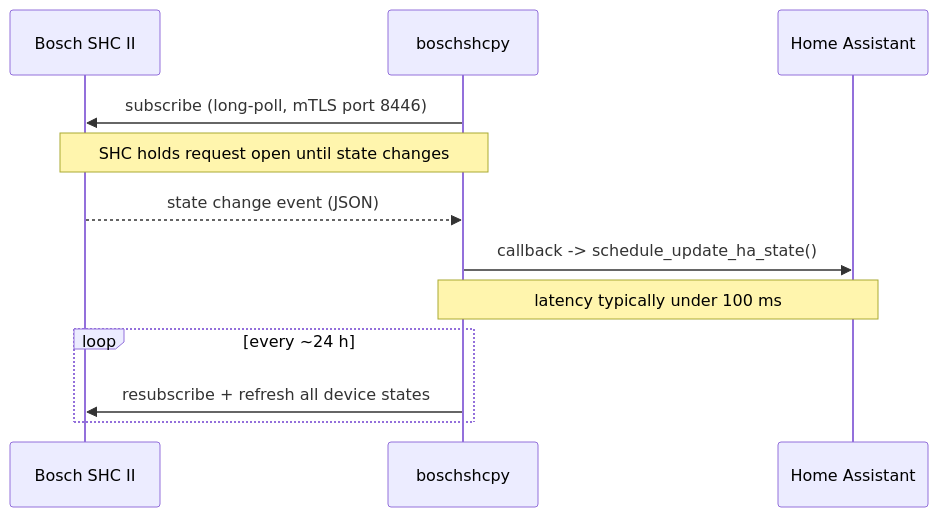
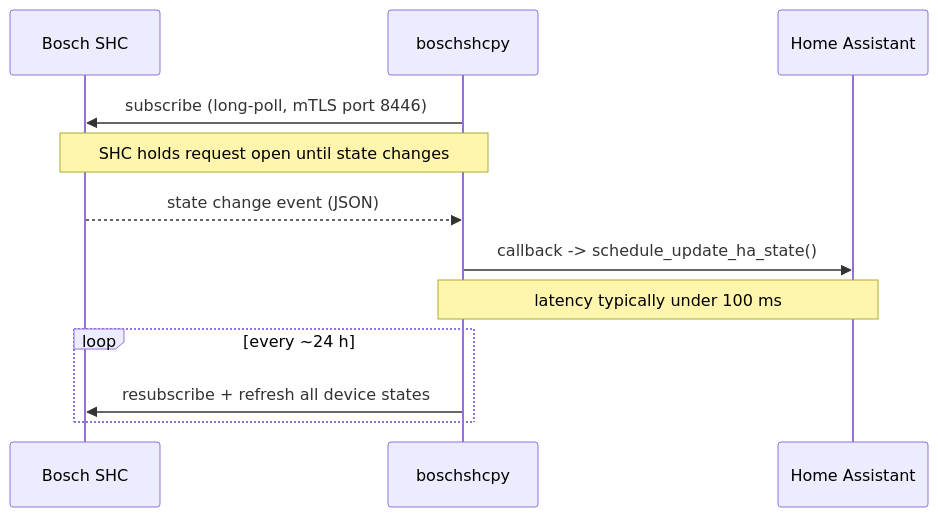
The second of 2 diagrams in README.md (tschamm/boschshc-hass), drawn with Mermaid before and after one commit. The commit also changed other lines of this file and 2 other files, not shown here.

First line of the commit message:
Release 0.7.28 — UserDefinedState crash fix + SHC I/II/Classic all supported

````diff
--- a/README.md
+++ b/README.md
@@ -518,15 +516,15 @@
 ```mermaid
 sequenceDiagram
-    participant SHC as Bosch SHC II
+    participant SHC as Bosch SHC
     participant Lib as boschshcpy
     participant HA as Home Assistant
 
     Lib->>SHC: subscribe (long-poll, mTLS port 8446)
     Note over SHC,Lib: SHC holds request open until state changes
     SHC-->>Lib: state change event (JSON)
     Lib->>HA: callback -> schedule_update_ha_state()
     Note over Lib,HA: latency typically under 100 ms
     loop every ~24 h
         Lib->>SHC: resubscribe + refresh all device states
     end
 ```
````
